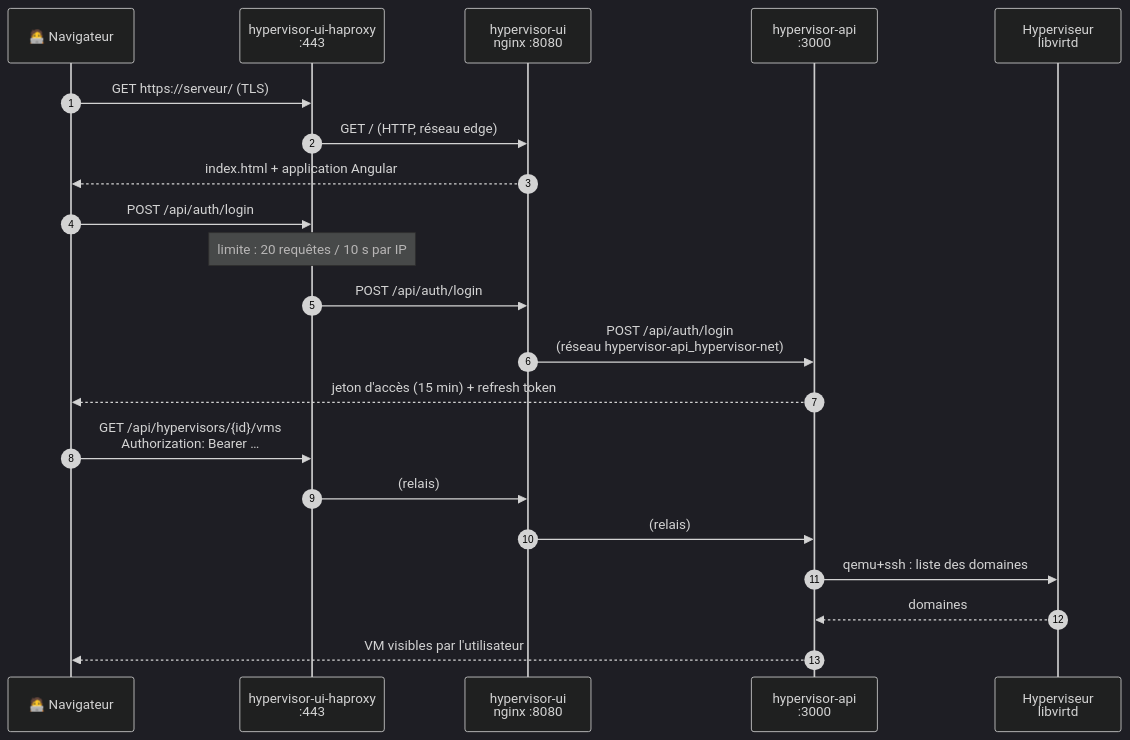
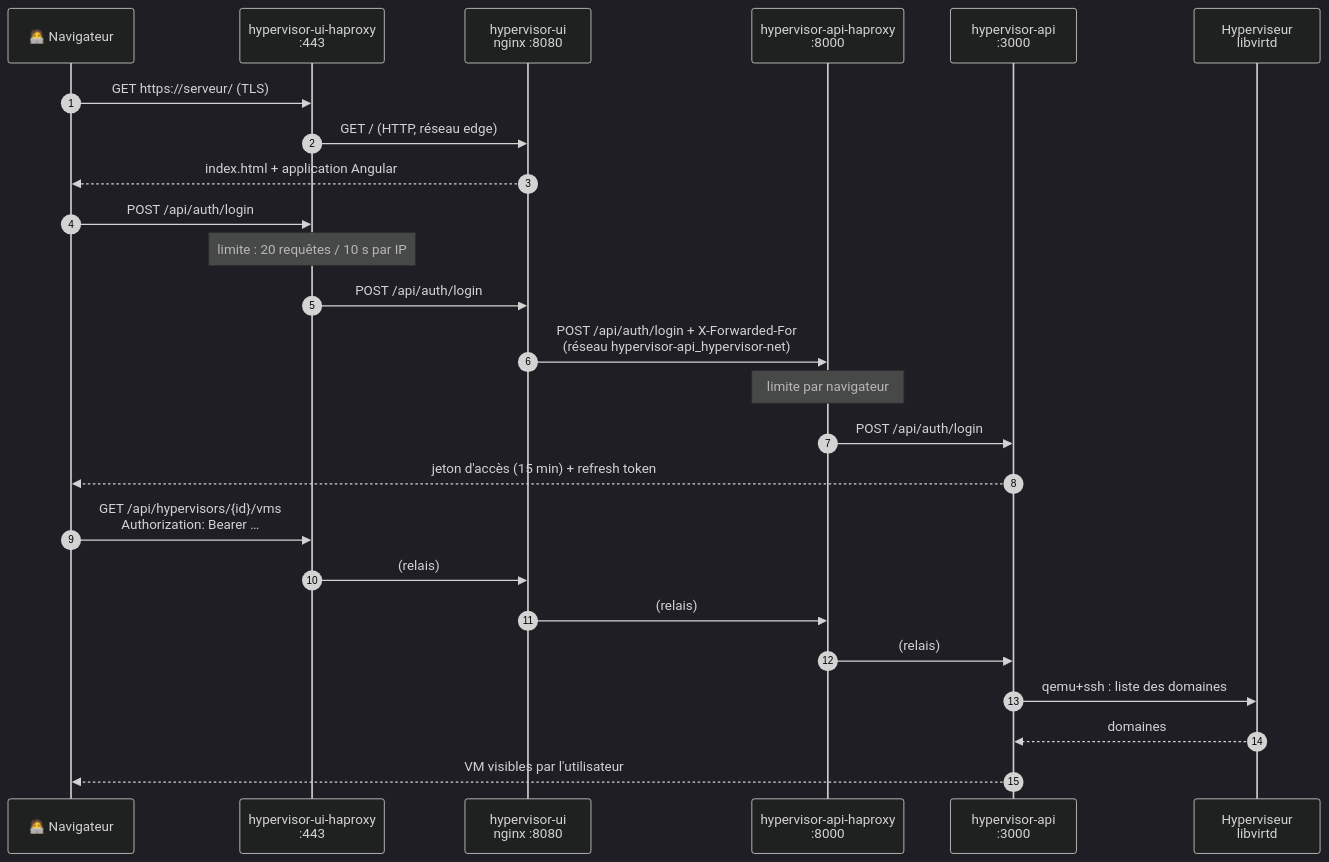
One commit to remialban/hypervisor-api changed the second of 3 diagrams in docs/DOCKER.md. Above: the diagram before and after it, drawn with Mermaid (dark theme). The commit also changed other lines of this file and 5 other files, not shown here.

````diff
--- a/docs/DOCKER.md
+++ b/docs/DOCKER.md
@@ -189,24 +199,28 @@
 ```mermaid
 sequenceDiagram
     autonumber
     participant N as 🧑‍💻 Navigateur
     participant H as hypervisor-ui-haproxy<br/>:443
     participant U as hypervisor-ui<br/>nginx :8080
+    participant P as hypervisor-api-haproxy<br/>:8000
     participant A as hypervisor-api<br/>:3000
     participant K as Hyperviseur<br/>libvirtd
 
     N->>H: GET https://serveur/ (TLS)
     H->>U: GET / (HTTP, réseau edge)
     U-->>N: index.html + application Angular
     N->>H: POST /api/auth/login
     Note over H: limite : 20 requêtes / 10 s par IP
     H->>U: POST /api/auth/login
-    U->>A: POST /api/auth/login<br/>(réseau hypervisor-api_hypervisor-net)
+    U->>P: POST /api/auth/login + X-Forwarded-For<br/>(réseau hypervisor-api_hypervisor-net)
+    Note over P: limite par navigateur
+    P->>A: POST /api/auth/login
     A-->>N: jeton d'accès (15 min) + refresh token
     N->>H: GET /api/hypervisors/{id}/vms<br/>Authorization: Bearer …
     H->>U: (relais)
-    U->>A: (relais)
+    U->>P: (relais)
+    P->>A: (relais)
     A->>K: qemu+ssh : liste des domaines
     K-->>A: domaines
     A-->>N: VM visibles par l'utilisateur
 ```
````
